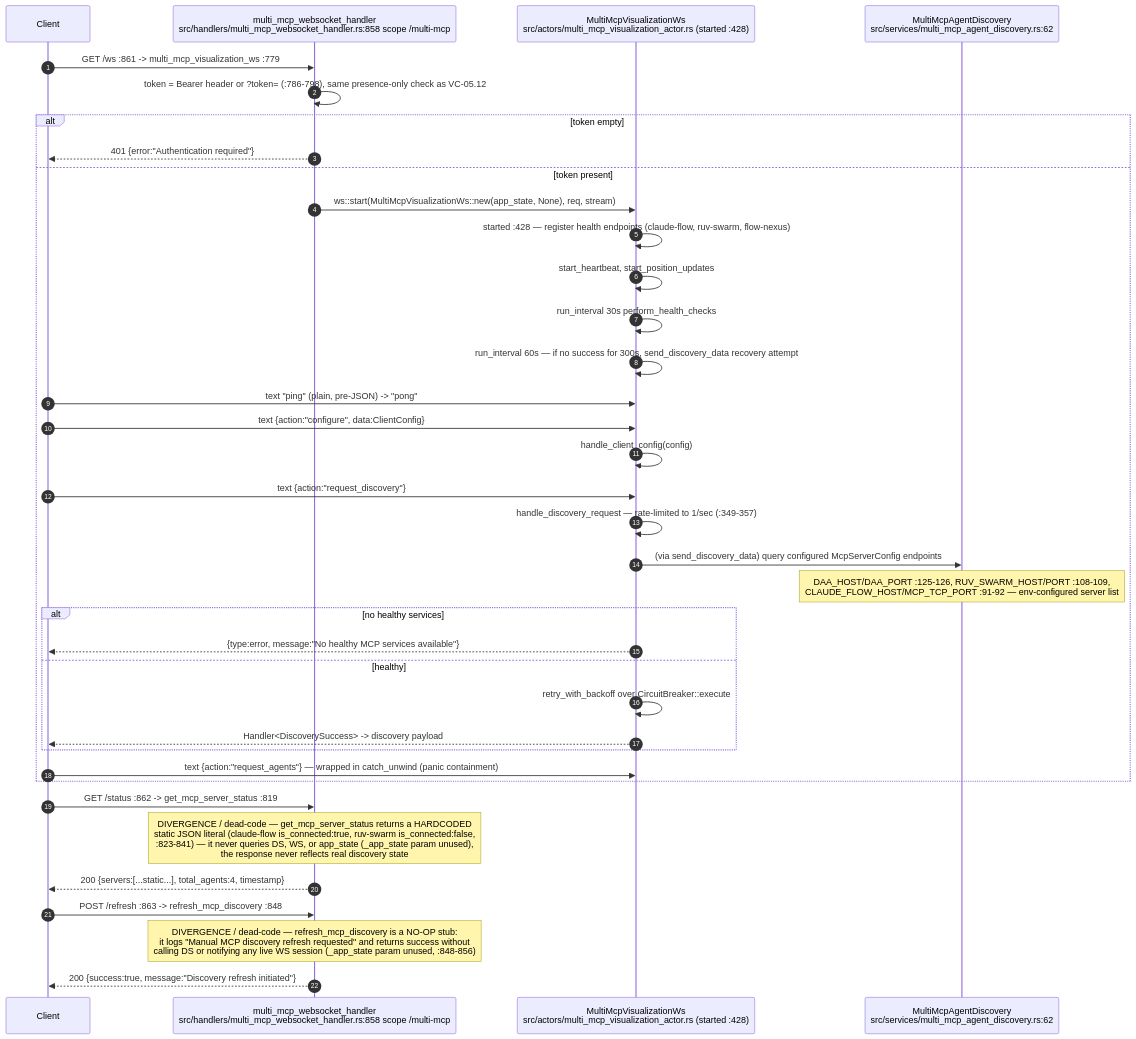
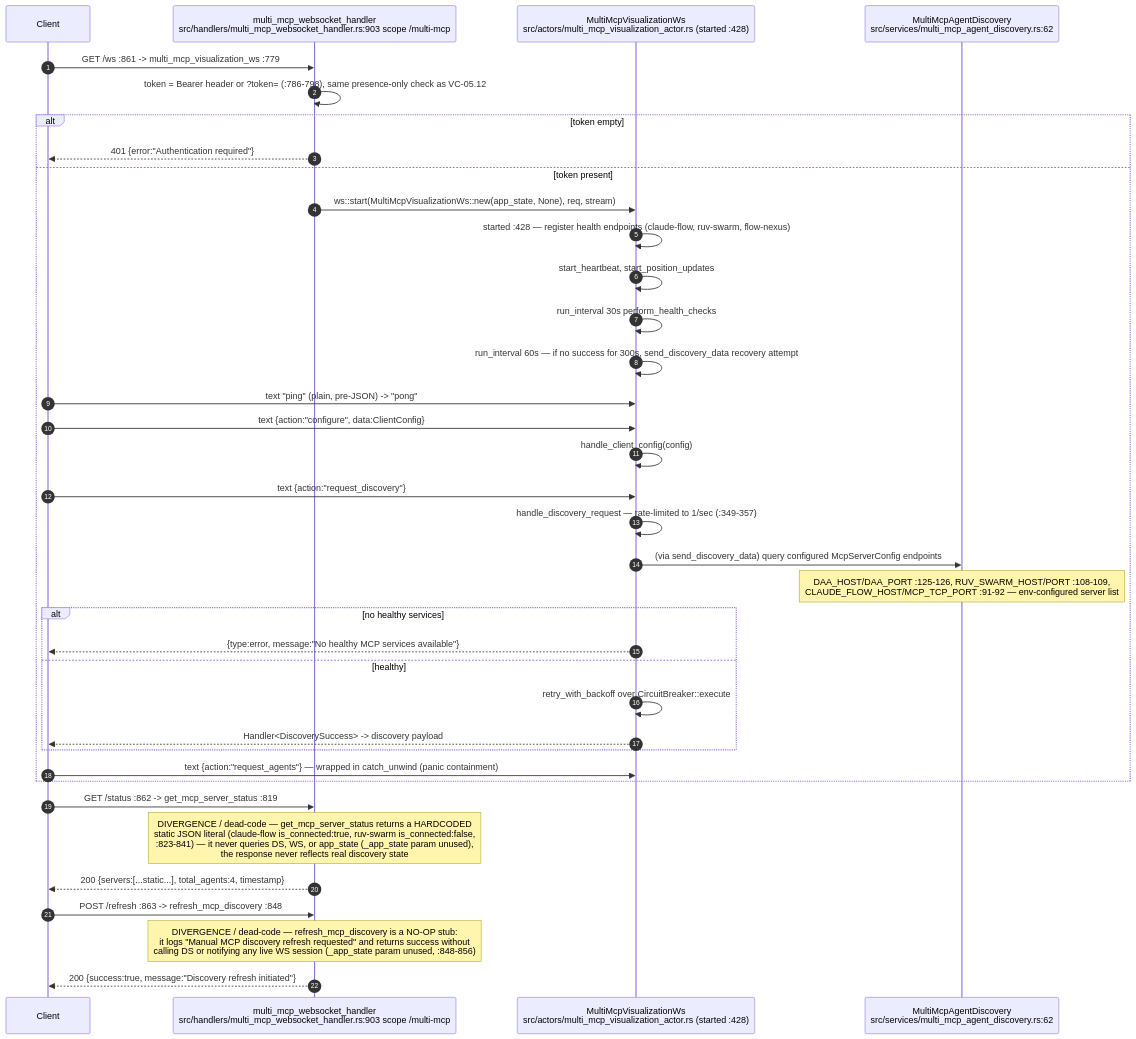
Diagram 13 of 18 in docs/diagrams/visionclaw/05-handlers-governance-and-identity.md (DreamLab-AI/AR-AI-Knowledge-Graph), drawn with Mermaid before and after one commit. The commit also changed other lines of this file and 73 other files, not shown here.

First line of the commit message:
docs(diagrams): re-verify all 71 topic files against HEAD; add --cite-check

````diff
--- a/docs/diagrams/visionclaw/05-handlers-governance-and-identity.md
+++ b/docs/diagrams/visionclaw/05-handlers-governance-and-identity.md
@@ -633,40 +633,40 @@
 ```mermaid
 sequenceDiagram
     autonumber
     participant C as Client
-    participant H as multi_mcp_websocket_handler<br/>src/handlers/multi_mcp_websocket_handler.rs:858 scope /multi-mcp
+    participant H as multi_mcp_websocket_handler<br/>src/handlers/multi_mcp_websocket_handler.rs:903 scope /multi-mcp
     participant WS as MultiMcpVisualizationWs<br/>src/actors/multi_mcp_visualization_actor.rs (started :428)
     participant DS as MultiMcpAgentDiscovery<br/>src/services/multi_mcp_agent_discovery.rs:62
 
     C->>H: GET /ws :861 -> multi_mcp_visualization_ws :779
     H->>H: token = Bearer header or ?token= (:786-798), same presence-only check as VC-05.12
     alt token empty
         H-->>C: 401 {error:"Authentication required"}
     else token present
         H->>WS: ws::start(MultiMcpVisualizationWs::new(app_state, None), req, stream)
         WS->>WS: started :428 — register health endpoints (claude-flow, ruv-swarm, flow-nexus)
         WS->>WS: start_heartbeat, start_position_updates
         WS->>WS: run_interval 30s perform_health_checks
         WS->>WS: run_interval 60s — if no success for 300s, send_discovery_data recovery attempt
         C->>WS: text "ping" (plain, pre-JSON) -> "pong"
         C->>WS: text {action:"configure", data:ClientConfig}
         WS->>WS: handle_client_config(config)
         C->>WS: text {action:"request_discovery"}
         WS->>WS: handle_discovery_request — rate-limited to 1/sec (:349-357)
         WS->>DS: (via send_discovery_data) query configured McpServerConfig endpoints
         Note over DS: DAA_HOST/DAA_PORT :125-126, RUV_SWARM_HOST/PORT :108-109,<br/>CLAUDE_FLOW_HOST/MCP_TCP_PORT :91-92 — env-configured server list
         alt no healthy services
             WS-->>C: {type:error, message:"No healthy MCP services available"}
         else healthy
             WS->>WS: retry_with_backoff over CircuitBreaker::execute
             WS-->>C: Handler<DiscoverySuccess> -> discovery payload
         end
         C->>WS: text {action:"request_agents"} — wrapped in catch_unwind (panic containment)
     end
     C->>H: GET /status :862 -> get_mcp_server_status :819
     Note over H: DIVERGENCE / dead-code — get_mcp_server_status returns a HARDCODED<br/>static JSON literal (claude-flow is_connected:true, ruv-swarm is_connected:false,<br/>:823-841) — it never queries DS, WS, or app_state (_app_state param unused),<br/>the response never reflects real discovery state
     H-->>C: 200 {servers:[...static...], total_agents:4, timestamp}
     C->>H: POST /refresh :863 -> refresh_mcp_discovery :848
     Note over H: DIVERGENCE / dead-code — refresh_mcp_discovery is a NO-OP stub:<br/>it logs "Manual MCP discovery refresh requested" and returns success without<br/>calling DS or notifying any live WS session (_app_state param unused, :848-856)
     H-->>C: 200 {success:true, message:"Discovery refresh initiated"}
 ```
````
